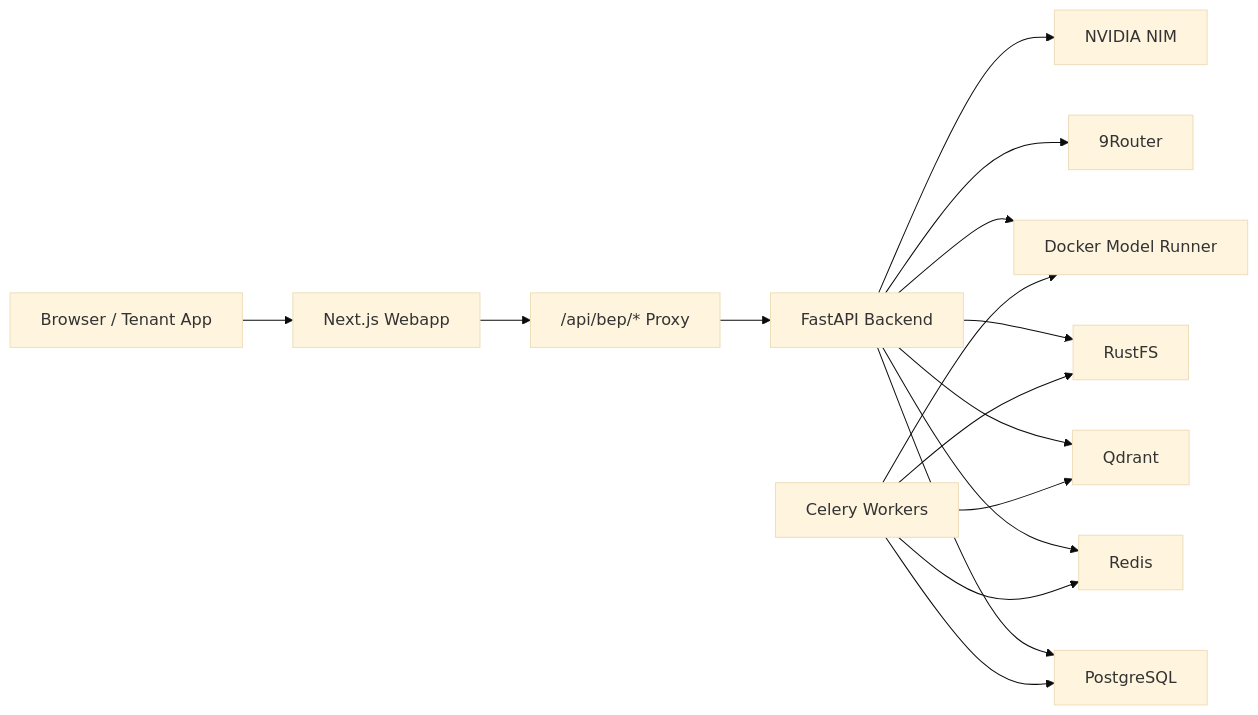
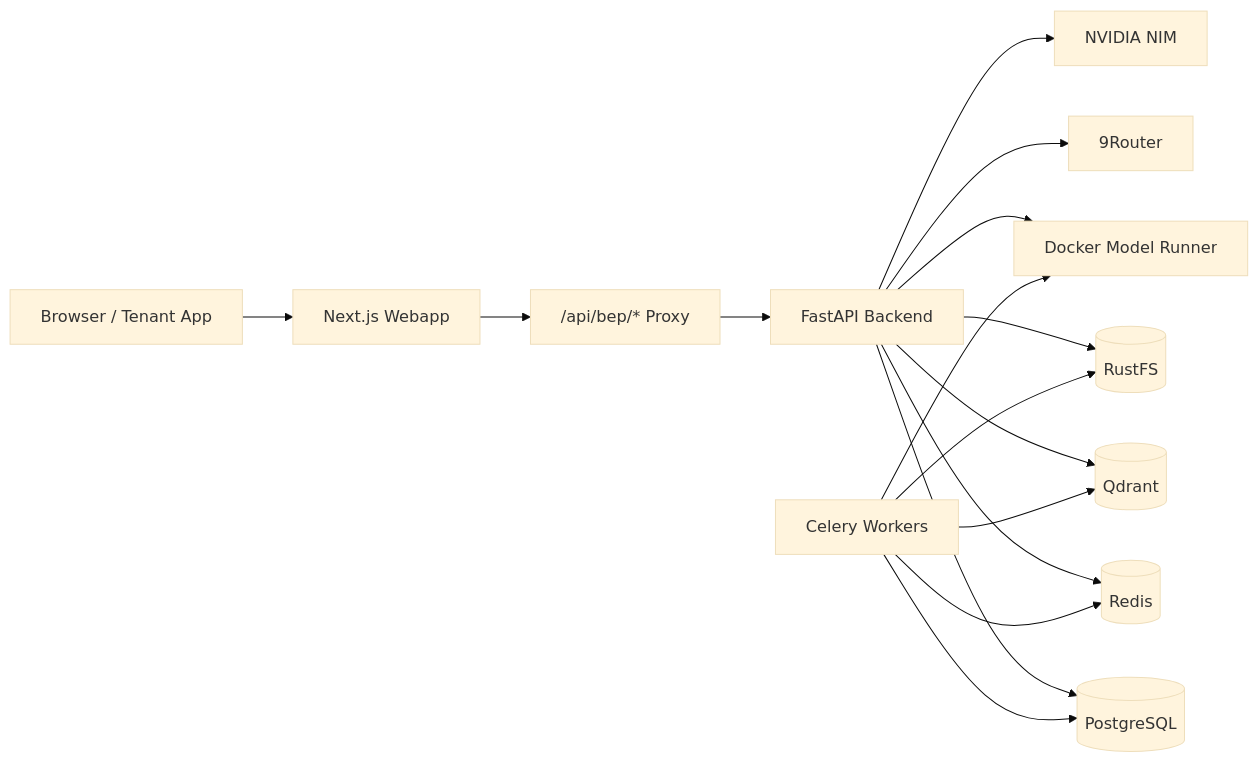
The diagram in README.md (qtuanph/chatbot-rag), drawn with Mermaid (base theme) before and after one commit. The commit also changed other lines of this file and 6 other files, not shown here.

````diff
--- a/README.md
+++ b/README.md
@@ -107,20 +98,20 @@
 ```mermaid
 flowchart LR
     A[Browser / Tenant App] --> B[Next.js Webapp]
     B --> C["/api/bep/* Proxy"]
     C --> D[FastAPI Backend]
 
-    D --> E[PostgreSQL]
-    D --> F[Redis]
-    D --> G[Qdrant]
-    D --> H[RustFS]
+    D --> E[(PostgreSQL)]
+    D --> F[(Redis)]
+    D --> G[(Qdrant)]
+    D --> H[(RustFS)]
     D --> I[9Router]
     D --> J[Docker Model Runner]
     D --> K[NVIDIA NIM]
 
     L[Celery Workers] --> E
     L --> F
     L --> G
     L --> H
     L --> J
 ```
````
